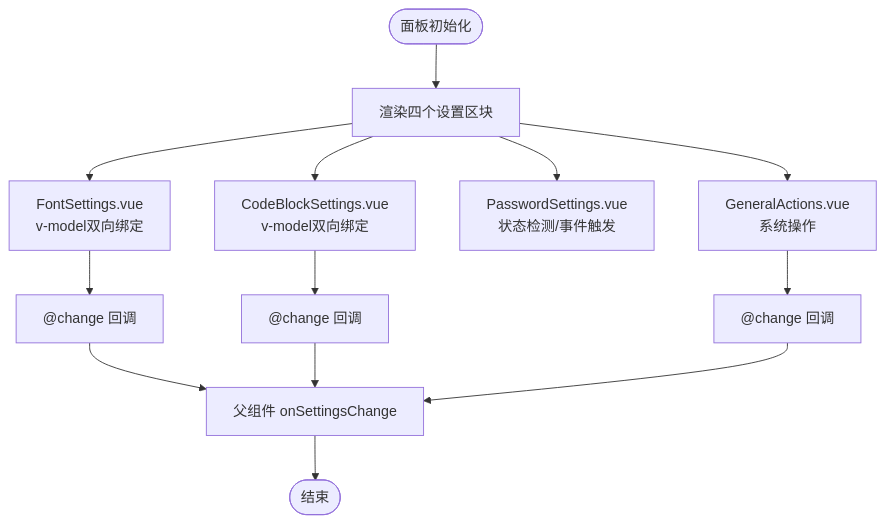
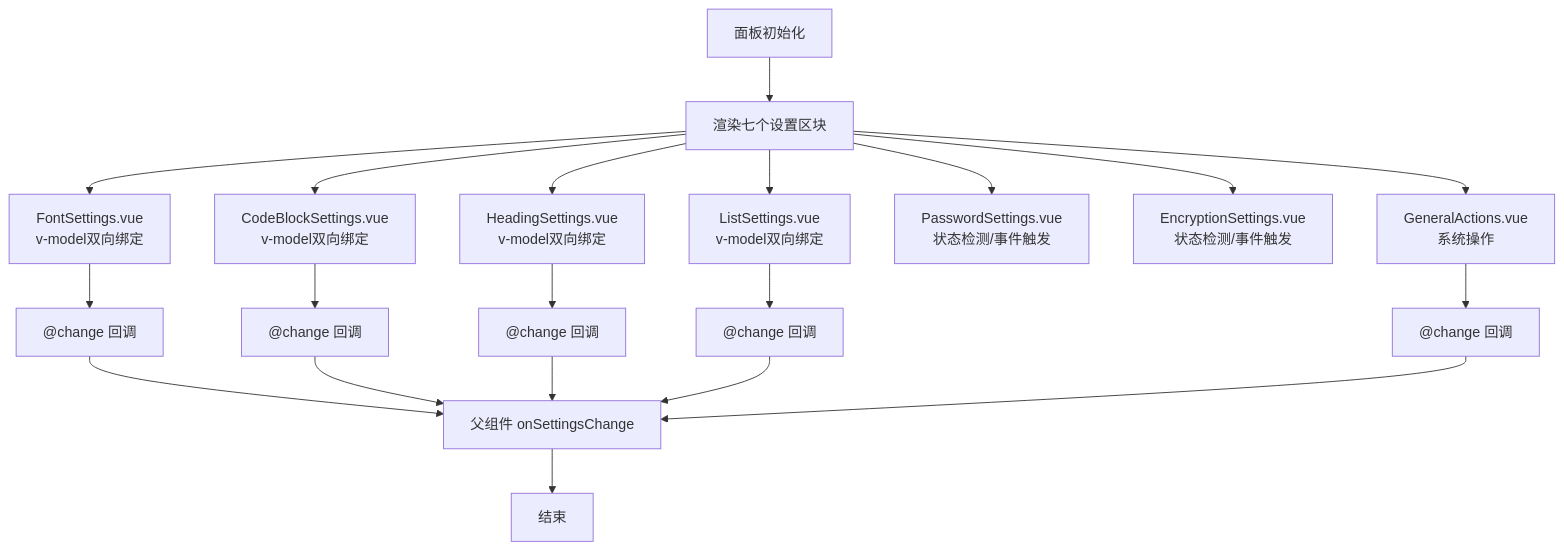
One commit to 851039536/siyuanPluginVueSN changed the third of 14 diagrams in .qoder/repowiki/zh/content/功能模块详解/通用设置.md. Above: the diagram before and after it, drawn with Mermaid. The commit also changed other lines of this file and 9 other files, not shown here.

````diff
--- a/.qoder/repowiki/zh/content/功能模块详解/通用设置.md
+++ b/.qoder/repowiki/zh/content/功能模块详解/通用设置.md
@@ -180,15 +207,22 @@
 ```mermaid
 flowchart TD
-Start(["面板初始化"]) --> Render["渲染四个设置区块"]
+Start["面板初始化"] --> Render["渲染七个设置区块"]
 Render --> Font["FontSettings.vue<br/>v-model双向绑定"]
 Render --> Code["CodeBlockSettings.vue<br/>v-model双向绑定"]
+Render --> Head["HeadingSettings.vue<br/>v-model双向绑定"]
+Render --> List["ListSettings.vue<br/>v-model双向绑定"]
 Render --> Pass["PasswordSettings.vue<br/>状态检测/事件触发"]
+Render --> Enc["EncryptionSettings.vue<br/>状态检测/事件触发"]
 Render --> Actions["GeneralActions.vue<br/>系统操作"]
 Font --> OnChangeF["@change 回调"]
 Code --> OnChangeC["@change 回调"]
+Head --> OnChangeH["@change 回调"]
+List --> OnChangeL["@change 回调"]
 Actions --> OnChangeA["@change 回调"]
 OnChangeF --> Parent["父组件 onSettingsChange"]
 OnChangeC --> Parent
+OnChangeH --> Parent
+OnChangeL --> Parent
 OnChangeA --> Parent
-Parent --> End(["结束"])
+Parent --> End["结束"]
 ```
````
